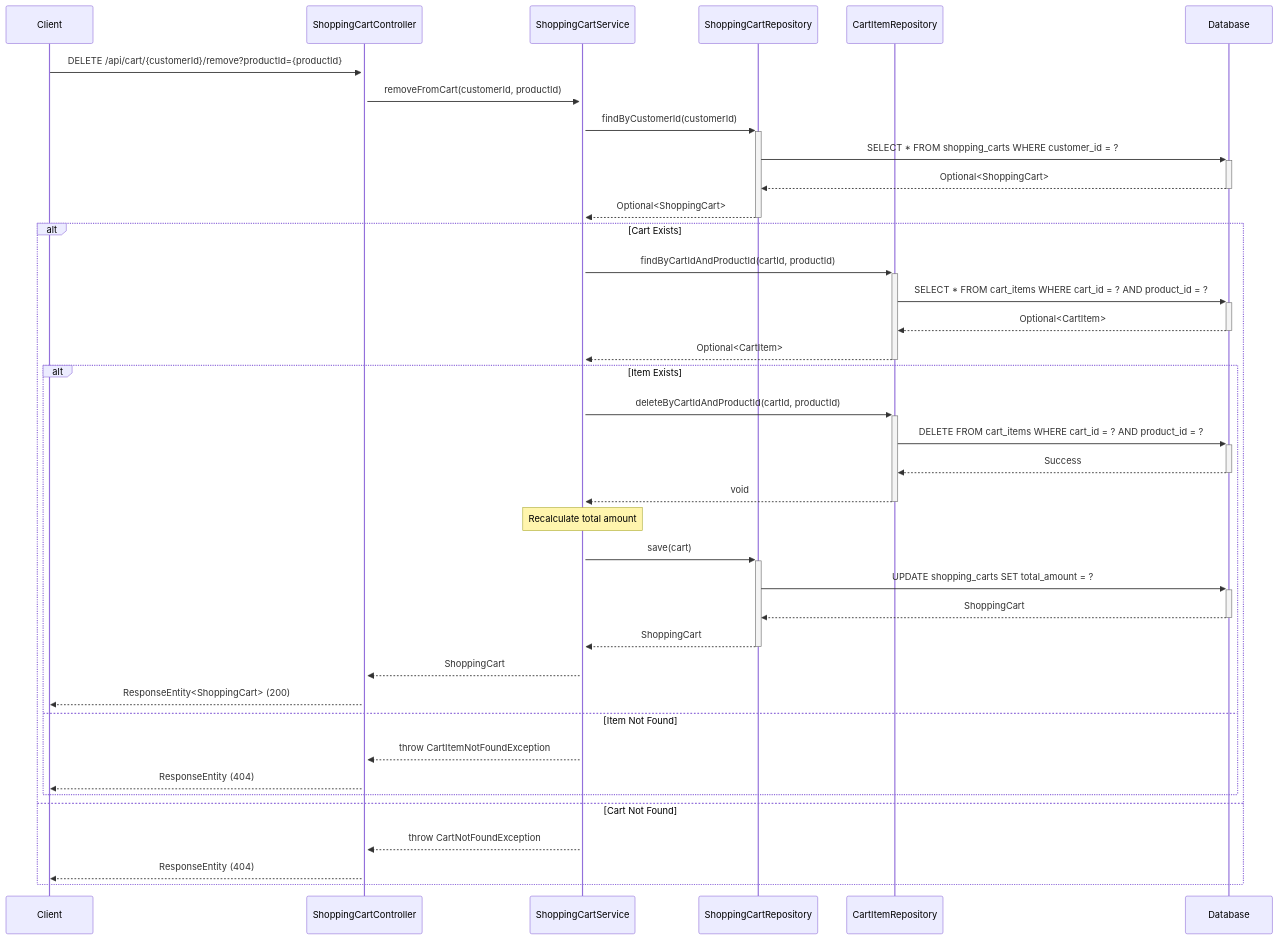
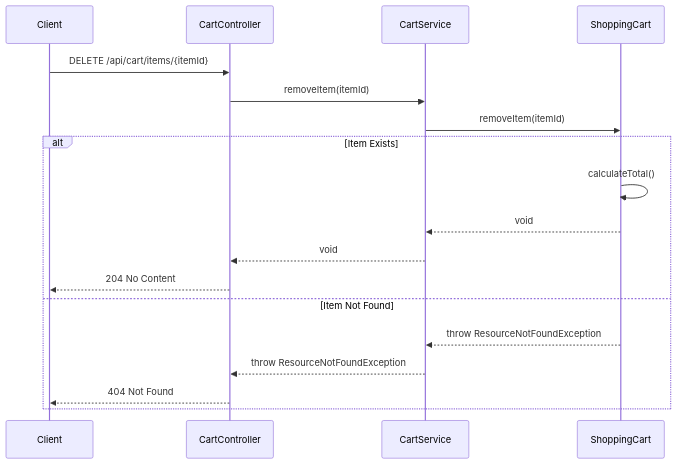
Before and after one commit to NavneetBN47/aava-ecom-demo: diagram 13 of 13 in docs/LLD/lld.md, drawn with Mermaid. The commit also changed other lines of this file, not shown here.

````diff
--- a/docs/LLD/lld.md
+++ b/docs/LLD/lld.md
@@ -521,46 +483,22 @@
 ```mermaid
 sequenceDiagram
     participant Client
-    participant ShoppingCartController
-    participant ShoppingCartService
-    participant ShoppingCartRepository
-    participant CartItemRepository
-    participant Database
+    participant CartController
+    participant CartService
+    participant ShoppingCart
+
+    Client->>CartController: DELETE /api/cart/items/{itemId}
+    CartController->>CartService: removeItem(itemId)
+    CartService->>ShoppingCart: removeItem(itemId)
     
-    Client->>+ShoppingCartController: DELETE /api/cart/{customerId}/remove?productId={productId}
-    ShoppingCartController->>+ShoppingCartService: removeFromCart(customerId, productId)
-    
-    ShoppingCartService->>+ShoppingCartRepository: findByCustomerId(customerId)
-    ShoppingCartRepository->>+Database: SELECT * FROM shopping_carts WHERE customer_id = ?
-    Database-->>-ShoppingCartRepository: Optional<ShoppingCart>
-    ShoppingCartRepository-->>-ShoppingCartService: Optional<ShoppingCart>
-    
-    alt Cart Exists
-        ShoppingCartService->>+CartItemRepository: findByCartIdAndProductId(cartId, productId)
-        CartItemRepository->>+Database: SELECT * FROM cart_items WHERE cart_id = ? AND product_id = ?
-        Database-->>-CartItemRepository: Optional<CartItem>
-        CartItemRepository-->>-ShoppingCartService: Optional<CartItem>
-        
-        alt Item Exists
-            ShoppingCartService->>+CartItemRepository: deleteByCartIdAndProductId(cartId, productId)
-            CartItemRepository->>+Database: DELETE FROM cart_items WHERE cart_id = ? AND product_id = ?
-            Database-->>-CartItemRepository: Success
-            CartItemRepository-->>-ShoppingCartService: void
-            
-            Note over ShoppingCartService: Recalculate total amount
-            ShoppingCartService->>+ShoppingCartRepository: save(cart)
-            ShoppingCartRepository->>+Database: UPDATE shopping_carts SET total_amount = ?
-            Database-->>-ShoppingCartRepository: ShoppingCart
-            ShoppingCartRepository-->>-ShoppingCartService: ShoppingCart
-            
-            ShoppingCartService-->>ShoppingCartController: ShoppingCart
-            ShoppingCartController-->>Client: ResponseEntity<ShoppingCart> (200)
-        else Item Not Found
-            ShoppingCartService-->>ShoppingCartController: throw CartItemNotFoundException
-            ShoppingCartController-->>Client: ResponseEntity (404)
-        end
-    else Cart Not Found
-        ShoppingCartService-->>ShoppingCartController: throw CartNotFoundException
-        ShoppingCartController-->>Client: ResponseEntity (404)
+    alt Item Exists
+        ShoppingCart->>ShoppingCart: calculateTotal()
+        ShoppingCart-->>CartService: void
+        CartService-->>CartController: void
+        CartController-->>Client: 204 No Content
+    else Item Not Found
+        ShoppingCart-->>CartService: throw ResourceNotFoundException
+        CartService-->>CartController: throw ResourceNotFoundException
+        CartController-->>Client: 404 Not Found
     end
 ```
````
